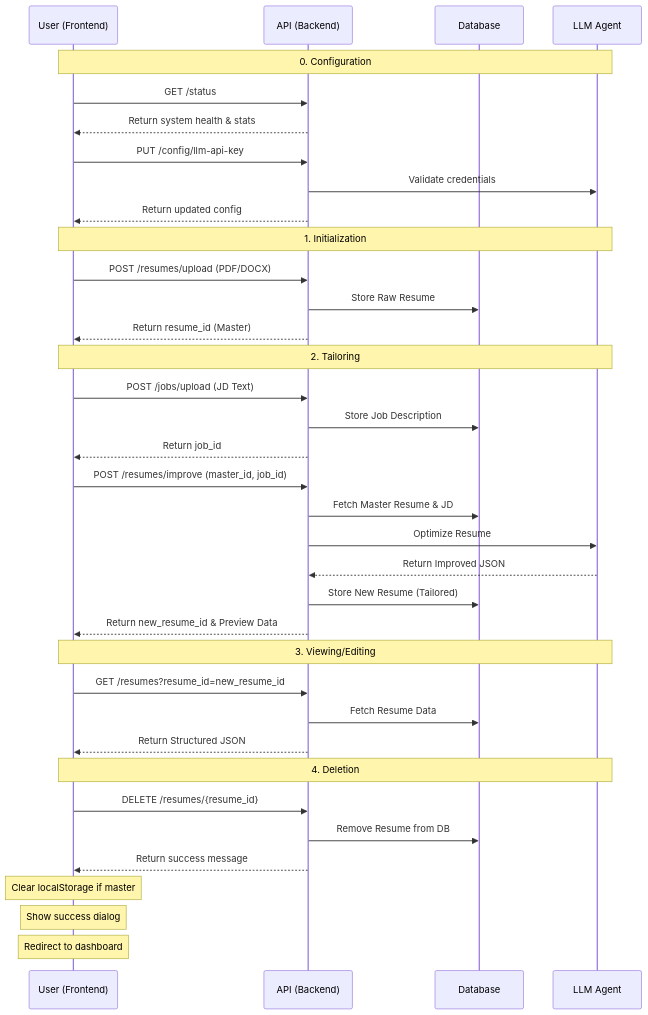
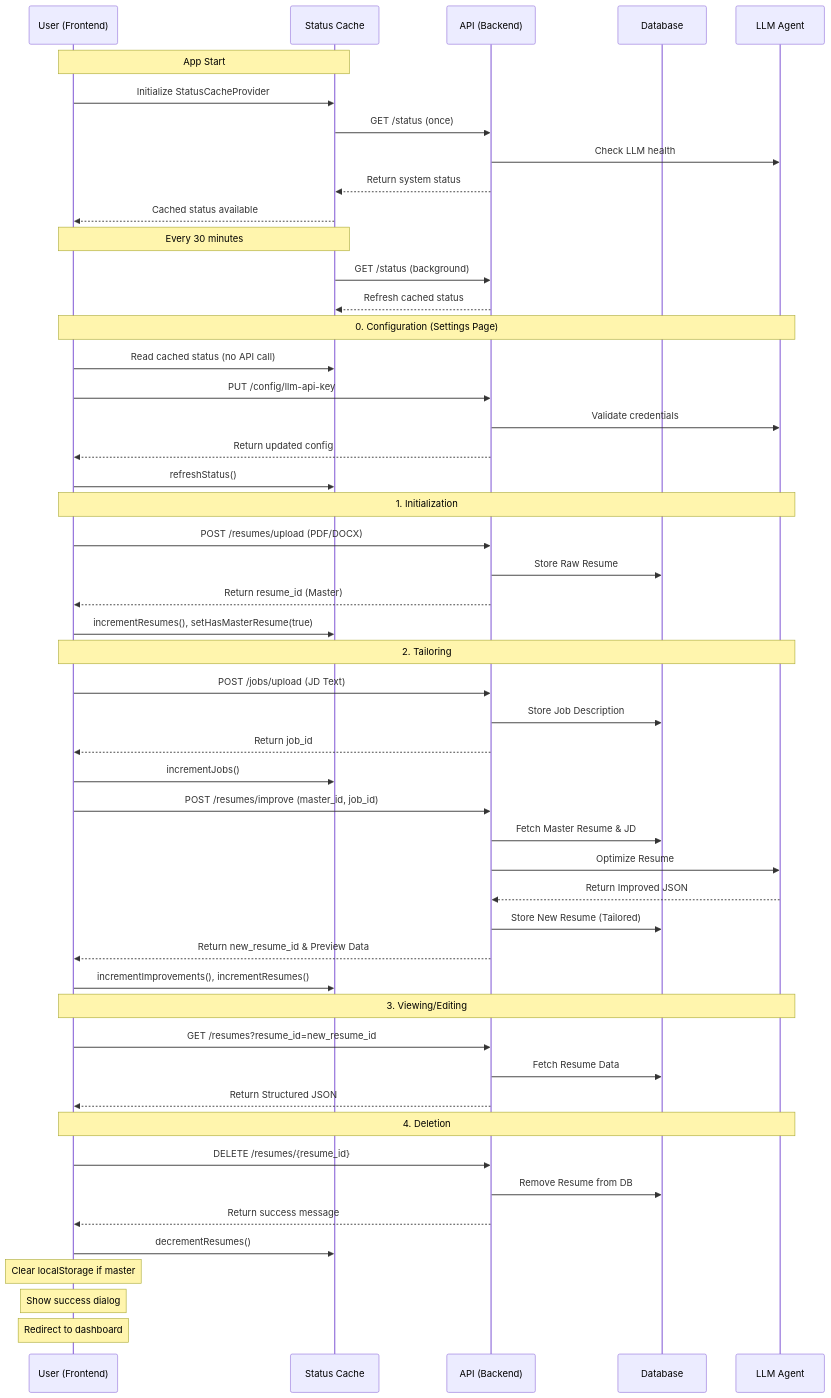
Before and after one commit to bmck039/Resume-Matcher: the diagram in .front-end-apis.md, drawn with Mermaid. The commit also changed other lines of this file and 9 other files, not shown here.

First line of the commit message:
feat: implement centralized API client and status caching system

````diff
--- a/.front-end-apis.md
+++ b/.front-end-apis.md
@@ -378,44 +449,60 @@
 ```mermaid
 sequenceDiagram
     participant U as User (Frontend)
+    participant C as Status Cache
     participant A as API (Backend)
     participant D as Database
     participant L as LLM Agent
 
-    Note over U, L: 0. Configuration
-    U->>A: GET /status
-    A-->>U: Return system health & stats
+    Note over U, C: App Start
+    U->>C: Initialize StatusCacheProvider
+    C->>A: GET /status (once)
+    A->>L: Check LLM health
+    A-->>C: Return system status
+    C-->>U: Cached status available
+
+    Note over U, C: Every 30 minutes
+    C->>A: GET /status (background)
+    A-->>C: Refresh cached status
+
+    Note over U, L: 0. Configuration (Settings Page)
+    U->>C: Read cached status (no API call)
     U->>A: PUT /config/llm-api-key
     A->>L: Validate credentials
     A-->>U: Return updated config
+    U->>C: refreshStatus()
 
     Note over U, L: 1. Initialization
     U->>A: POST /resumes/upload (PDF/DOCX)
     A->>D: Store Raw Resume
     A-->>U: Return resume_id (Master)
+    U->>C: incrementResumes(), setHasMasterResume(true)
 
     Note over U, L: 2. Tailoring
     U->>A: POST /jobs/upload (JD Text)
     A->>D: Store Job Description
     A-->>U: Return job_id
+    U->>C: incrementJobs()
 
     U->>A: POST /resumes/improve (master_id, job_id)
     A->>D: Fetch Master Resume & JD
     A->>L: Optimize Resume
     L-->>A: Return Improved JSON
     A->>D: Store New Resume (Tailored)
     A-->>U: Return new_resume_id & Preview Data
+    U->>C: incrementImprovements(), incrementResumes()
 
     Note over U, L: 3. Viewing/Editing
     U->>A: GET /resumes?resume_id=new_resume_id
     A->>D: Fetch Resume Data
     A-->>U: Return Structured JSON
 
     Note over U, L: 4. Deletion
     U->>A: DELETE /resumes/{resume_id}
     A->>D: Remove Resume from DB
     A-->>U: Return success message
+    U->>C: decrementResumes()
     Note over U: Clear localStorage if master
     Note over U: Show success dialog
     Note over U: Redirect to dashboard
 ```
````
